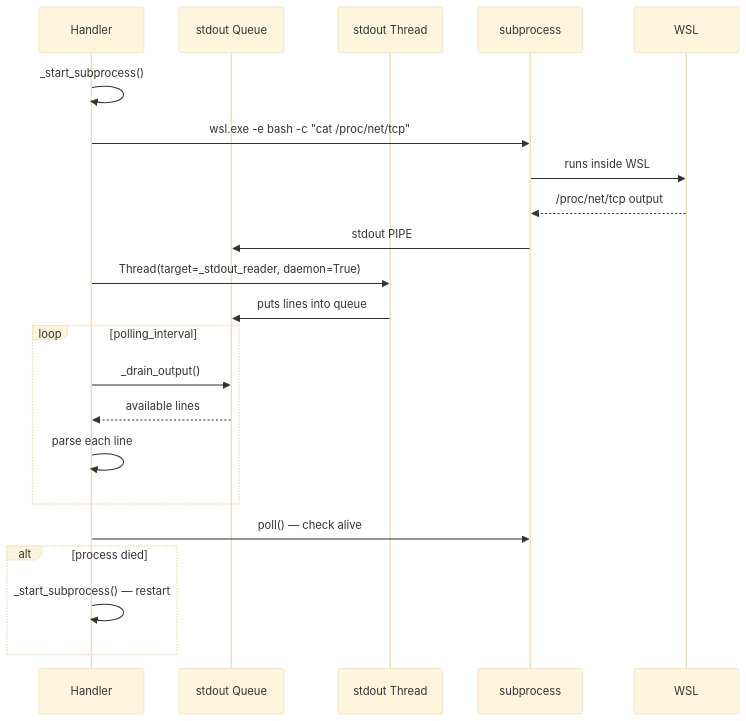
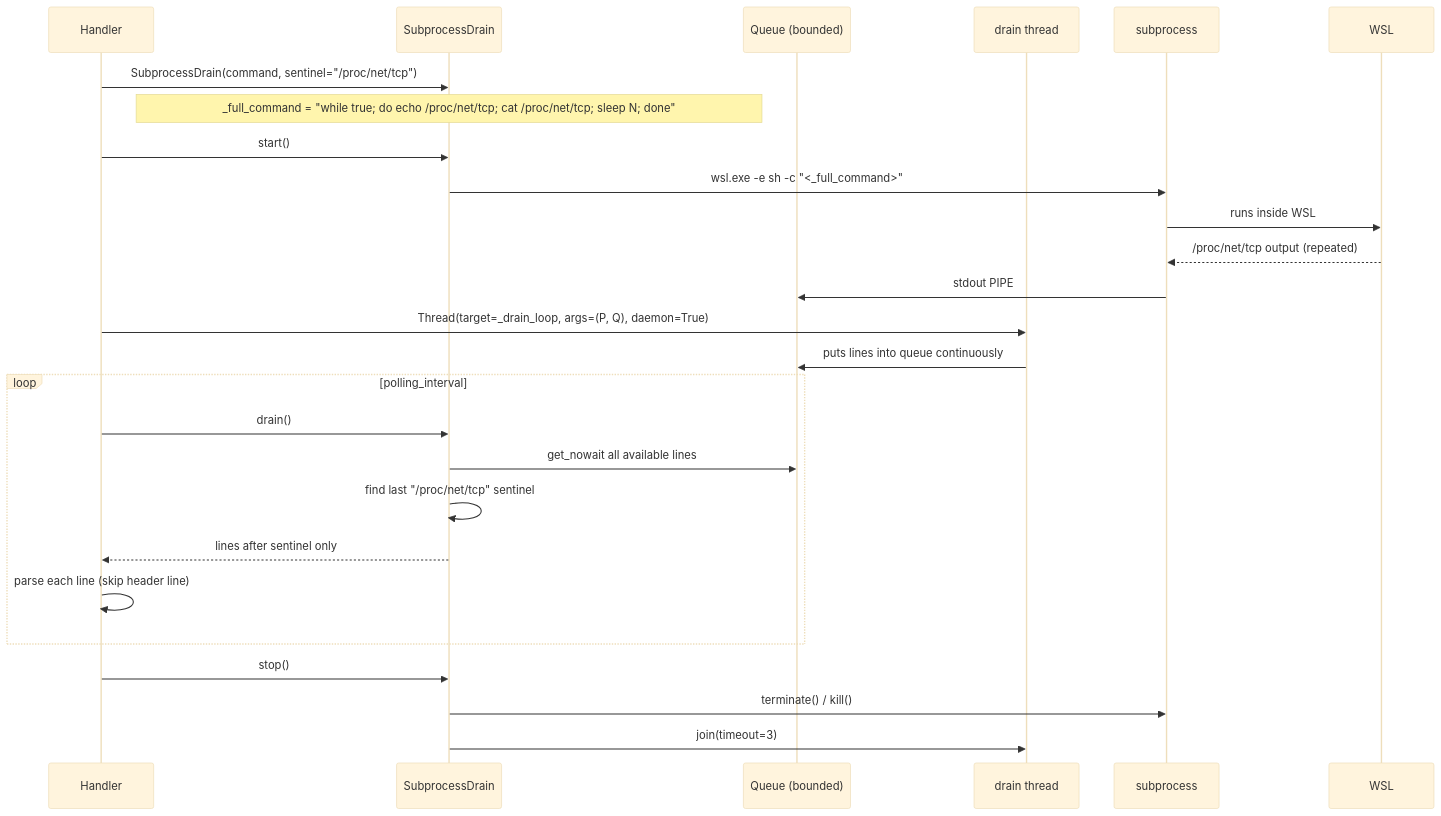
The third of 3 diagrams in docs/sequence-diagram.md (JonathanKChang/llm_wakelock_windows), drawn with Mermaid (base theme) before and after one commit. The commit also changed other lines of this file and 3 other files, not shown here.

First line of the commit message:
docs: update all diagrams for SubprocessDrain architecture

````diff
--- a/docs/sequence-diagram.md
+++ b/docs/sequence-diagram.md
@@ -92,25 +112,32 @@
 ```mermaid
 sequenceDiagram
     participant H as Handler
-    participant Q as stdout Queue
-    participant T as stdout Thread
+    participant DD as SubprocessDrain
+    participant Q as Queue (bounded)
+    participant T as drain thread
     participant P as subprocess
     participant OS as WSL
 
-    H->>H: _start_subprocess()
-    H->>P: wsl.exe -e bash -c "cat /proc/net/tcp"
+    H->>DD: SubprocessDrain(command, sentinel="/proc/net/tcp")
+    Note over DD: _full_command = "while true#59; do echo /proc/net/tcp#59; cat /proc/net/tcp#59; sleep N#59; done"
+
+    H->>DD: start()
+    DD->>P: wsl.exe -e sh -c "<_full_command>"
     P->>OS: runs inside WSL
-    OS-->>P: /proc/net/tcp output
+    OS-->>P: /proc/net/tcp output (repeated)
     P->>Q: stdout PIPE
-    H->>T: Thread(target=_stdout_reader, daemon=True)
-    T->>Q: puts lines into queue
+    H->>T: Thread(target=_drain_loop, args=(P, Q), daemon=True)
+    T->>Q: puts lines into queue continuously
+
     loop polling_interval
-        H->>Q: _drain_output()
-        Q-->>H: available lines
-        H->>H: parse each line
+        H->>DD: drain()
+        DD->>Q: get_nowait all available lines
+        DD->>DD: find last "/proc/net/tcp" sentinel
+        DD-->>H: lines after sentinel only
+        H->>H: parse each line (skip header line)
     end
-    H->>P: poll() — check alive
-    alt process died
-        H->>H: _start_subprocess() — restart
-    end
+
+    H->>DD: stop()
+    DD->>P: terminate() / kill()
+    DD->>T: join(timeout=3)
 ```
````
